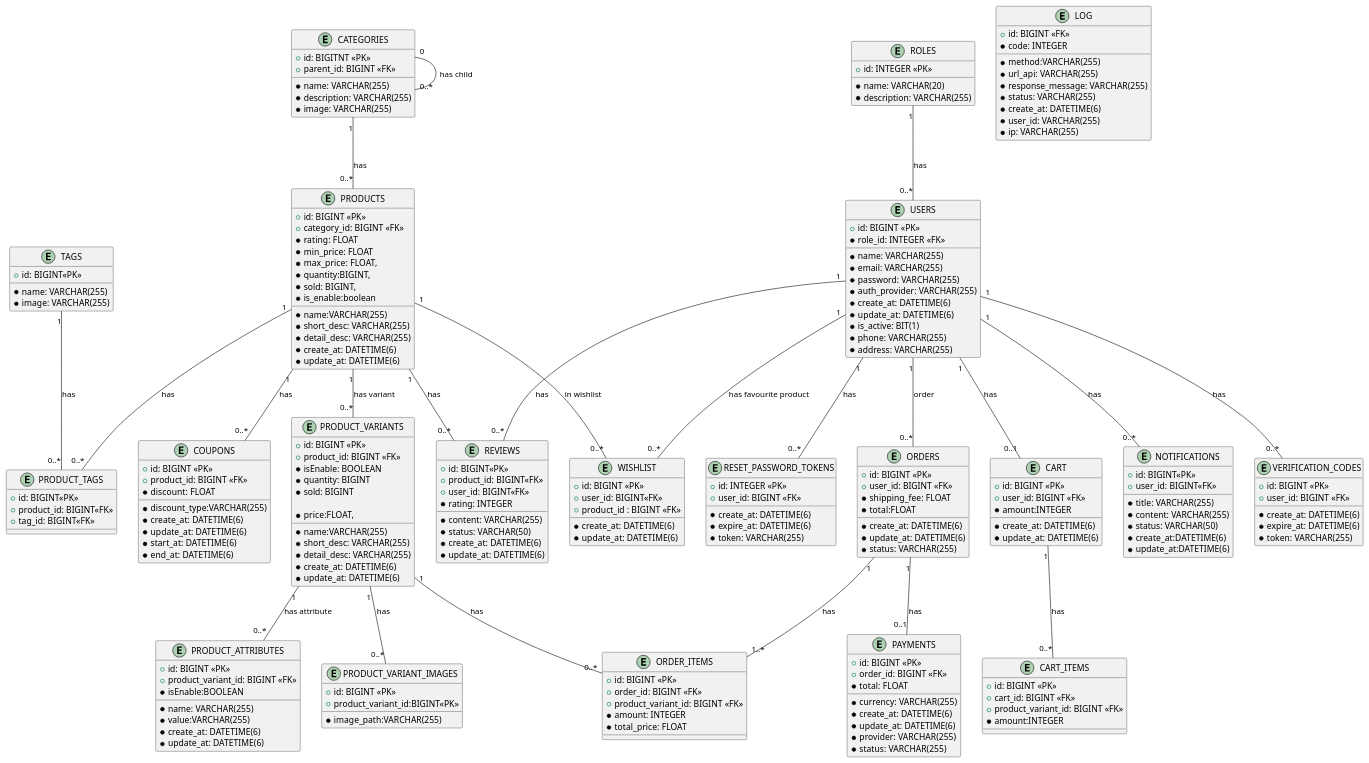
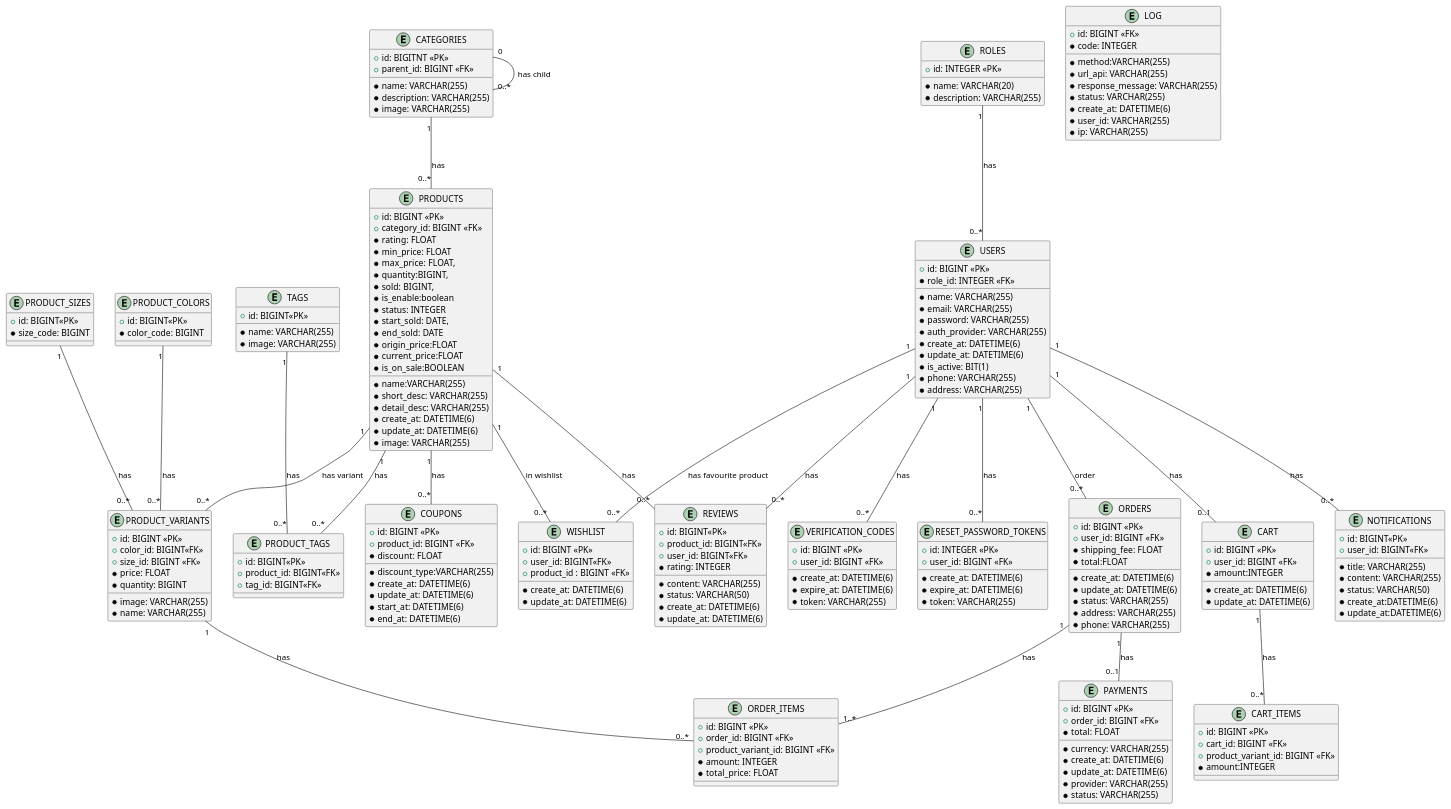
Before and after one commit to BinhUIT/web_ban_hang: the diagram in data_diagram.plantuml, drawn with PlantUML. The commit also changed 18 other files, not shown here.

```diff
--- a/data_diagram.plantuml
+++ b/data_diagram.plantuml
@@ -56,35 +56,37 @@
 *quantity:BIGINT,
 *sold: BIGINT,
 *is_enable:boolean
+*image: VARCHAR(255)
+*status: INTEGER 
+*start_sold: DATE,
+*end_sold: DATE
+*origin_price:FLOAT
+*current_price:FLOAT 
+*is_on_sale:BOOLEAN
 } 
 CATEGORIES "1" -- "0..*" PRODUCTS : has
 entity "PRODUCT_VARIANTS" {
-+id: BIGINT <<PK>>
-+product_id: BIGINT <<FK>>
-*name:VARCHAR(255)
-*short_desc: VARCHAR(255)
-*detail_desc: VARCHAR(255)
-*create_at: DATETIME(6)
-*update_at: DATETIME(6)
-*isEnable: BOOLEAN
-*quantity: BIGINT
-*sold: BIGINT
+  +id: BIGINT <<PK>>
+  +color_id: BIGINT<<FK>>
+  +size_id: BIGINT <<FK>> 
+  *price: FLOAT 
+  *quantity: BIGINT
+  *image: VARCHAR(255)
+  *name: VARCHAR(255)
+}
+entity "PRODUCT_COLORS" {
+  +id: BIGINT<<PK>>
+  *color_code: BIGINT
+} 
+entity "PRODUCT_SIZES" {
+  +id: BIGINT<<PK>> 
+  *size_code: BIGINT 
+}  
+PRODUCTS "1" --"0..*" PRODUCT_VARIANTS: has variant
+PRODUCT_COLORS "1" -- "0..*" PRODUCT_VARIANTS: has 
+PRODUCT_SIZES "1" -- "0..*" PRODUCT_VARIANTS: has
 
-*price:FLOAT,
 
-}
-
-PRODUCTS "1" --"0..*" PRODUCT_VARIANTS: has variant
-
-entity "PRODUCT_ATTRIBUTES" {
-+id: BIGINT <<PK>>
-+product_variant_id: BIGINT <<FK>>
-*name: VARCHAR(255)
-*value:VARCHAR(255)
-*create_at: DATETIME(6)
-*update_at: DATETIME(6)
-*isEnable:BOOLEAN
-}
 entity "LOG" {
   +id: BIGINT <<FK>>
   *method:VARCHAR(255)
@@ -99,7 +101,7 @@
 
 
 
-PRODUCT_VARIANTS "1" -- "0..*" PRODUCT_ATTRIBUTES: has attribute 
+
  entity "WISHLIST" { 
  +id: BIGINT <<PK>>
  +user_id: BIGINT<<FK>>
@@ -133,6 +135,8 @@
  *status: VARCHAR(255)
  *shipping_fee: FLOAT
  *total:FLOAT
+ *address: VARCHAR(255)
+ *phone: VARCHAR(255)
  }
  USERS "1" -- "0..*" ORDERS: order
  entity "ORDER_ITEMS" {
@@ -179,12 +183,7 @@
     *update_at: DATETIME(6)
     
 }
-entity "PRODUCT_VARIANT_IMAGES" {
-  +id: BIGINT <<PK>> 
-  +product_variant_id:BIGINT<<PK>>
-  *image_path:VARCHAR(255)
-}
-PRODUCT_VARIANTS "1"--"0..*" PRODUCT_VARIANT_IMAGES: has 
+
 PRODUCTS "1" -- "0..*" REVIEWS: has
 USERS "1" -- "0..*" REVIEWS: has
 entity "NOTIFICATIONS" {
@@ -209,4 +208,8 @@
 }
 PRODUCTS "1" -- "0..*" PRODUCT_TAGS: has
 TAGS "1" -- "0..*" PRODUCT_TAGS: has
+
+
+
+
 @enduml
```
